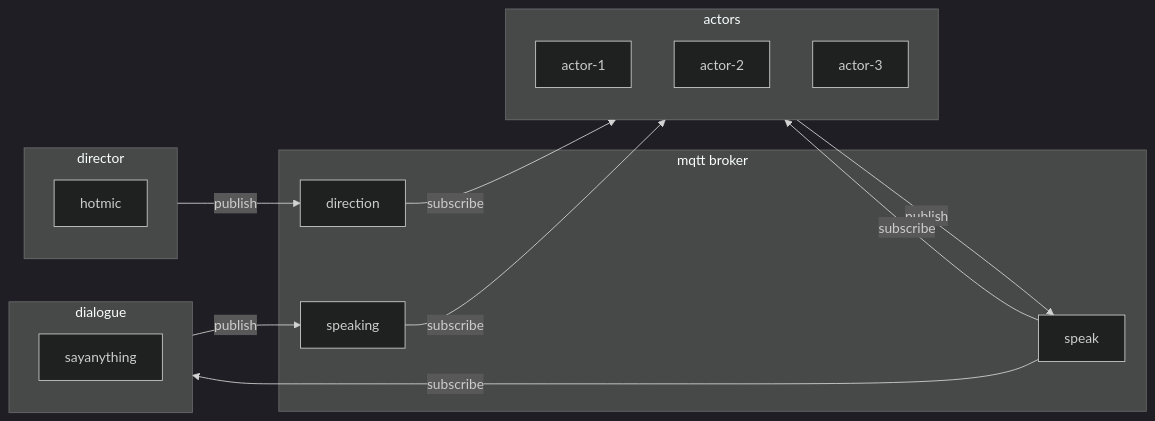
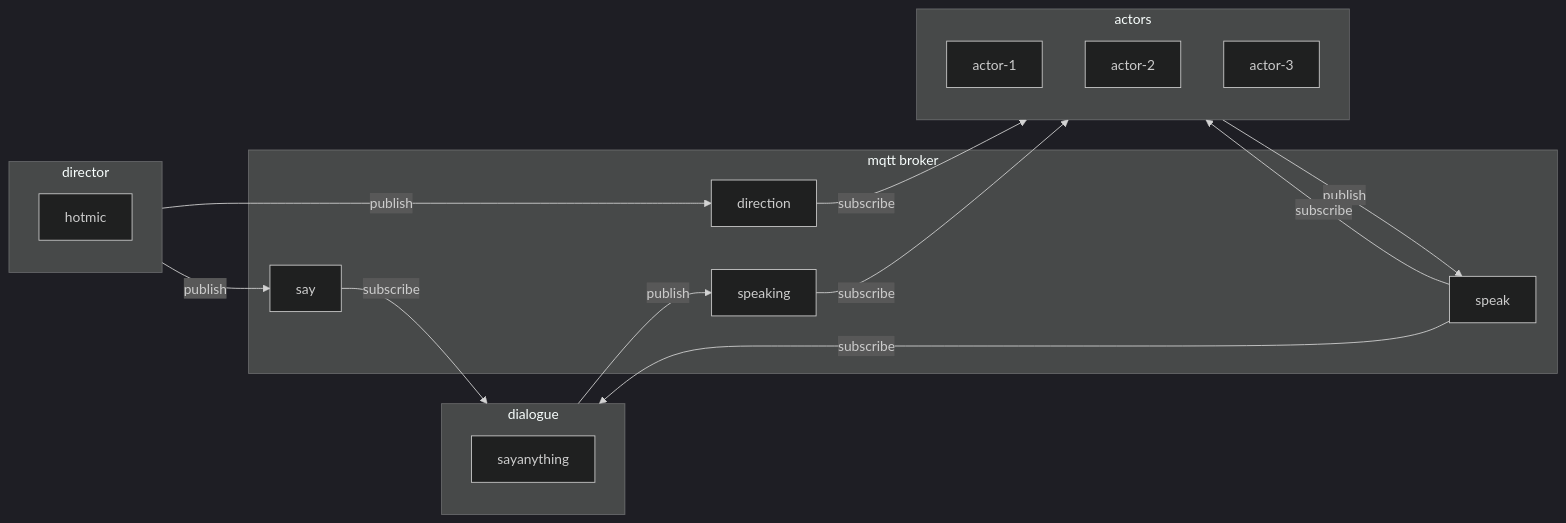
The first of 6 diagrams in README.md (deadprogram/talkingheads), drawn with Mermaid (dark theme) before and after one commit. The commit also changed other lines of this file and 11 other files, not shown here.

````diff
--- a/README.md
+++ b/README.md
@@ -11,26 +11,29 @@
 ```mermaid
 flowchart LR
 subgraph mqtt broker
     direction
     speak
+    say
     speaking
 end
 subgraph actors
     actor-1
     actor-2
     actor-3
 end
 subgraph director
     hotmic
 end
 subgraph dialogue
     sayanything
 end
 director -- publish --> direction
+director -- publish --> say
 direction-- subscribe -->actors
 actors-- publish -->speak
 speak-- subscribe -->actors
 speak-- subscribe -->dialogue
+say-- subscribe -->dialogue
 dialogue-- publish -->speaking
 speaking-- subscribe -->actors
 ```
````
